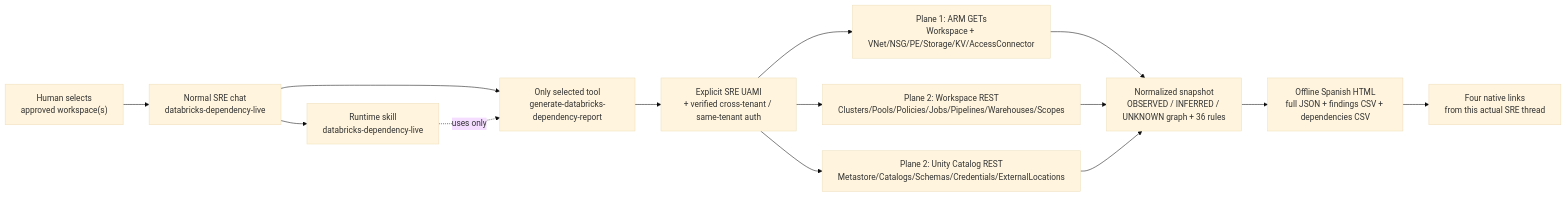
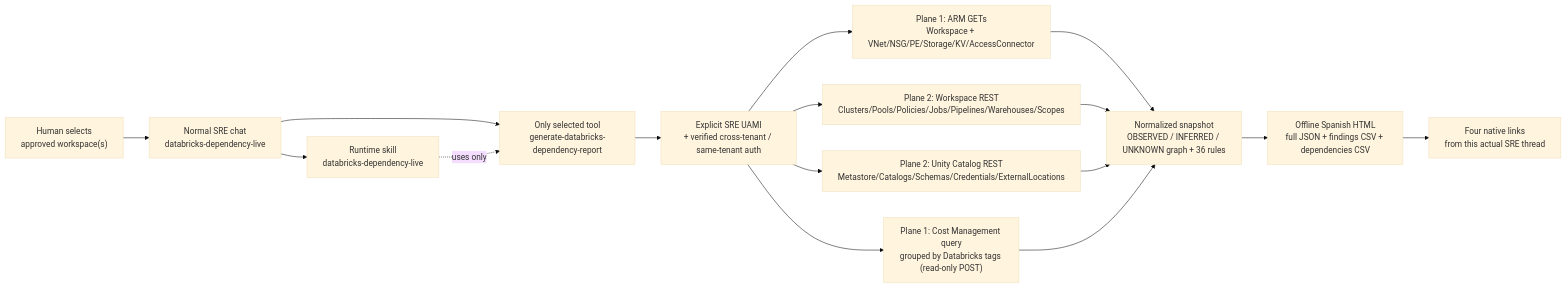
The diagram in 08-databricks-dependency-configuration-review/README.md (marioaguileraaa/sre-agent-use-cases), drawn with Mermaid (base theme) before and after one commit. The commit also changed other lines of this file and 16 other files, not shown here.

First line of the commit message:
Case 08: Databricks cost attribution and optimisation section

````diff
--- a/08-databricks-dependency-configuration-review/README.md
+++ b/08-databricks-dependency-configuration-review/README.md
@@ -245,16 +258,18 @@
 ```mermaid
 flowchart LR
     H["Human selects<br/>approved workspace(s)"] --> C["Normal SRE chat<br/>databricks-dependency-live"]
     C --> S["Runtime skill<br/>databricks-dependency-live"]
     C --> T["Only selected tool<br/>generate-databricks-dependency-report"]
     S -.->|"uses only"| T
     T --> I["Explicit SRE UAMI<br/>+ verified cross-tenant / same-tenant auth"]
     I --> A["Plane 1: ARM GETs<br/>Workspace + VNet/NSG/PE/Storage/KV/AccessConnector"]
     I --> D["Plane 2: Workspace REST<br/>Clusters/Pools/Policies/Jobs/Pipelines/Warehouses/Scopes"]
     I --> U["Plane 2: Unity Catalog REST<br/>Metastore/Catalogs/Schemas/Credentials/ExternalLocations"]
+    I --> K["Plane 1: Cost Management query<br/>grouped by Databricks tags (read-only POST)"]
     A --> M["Normalized snapshot<br/>OBSERVED / INFERRED / UNKNOWN graph + 36 rules"]
     D --> M
     U --> M
+    K --> M
     M --> R["Offline Spanish HTML<br/>full JSON + findings CSV + dependencies CSV"]
     R --> F["Four native links<br/>from this actual SRE thread"]
 ```
````
